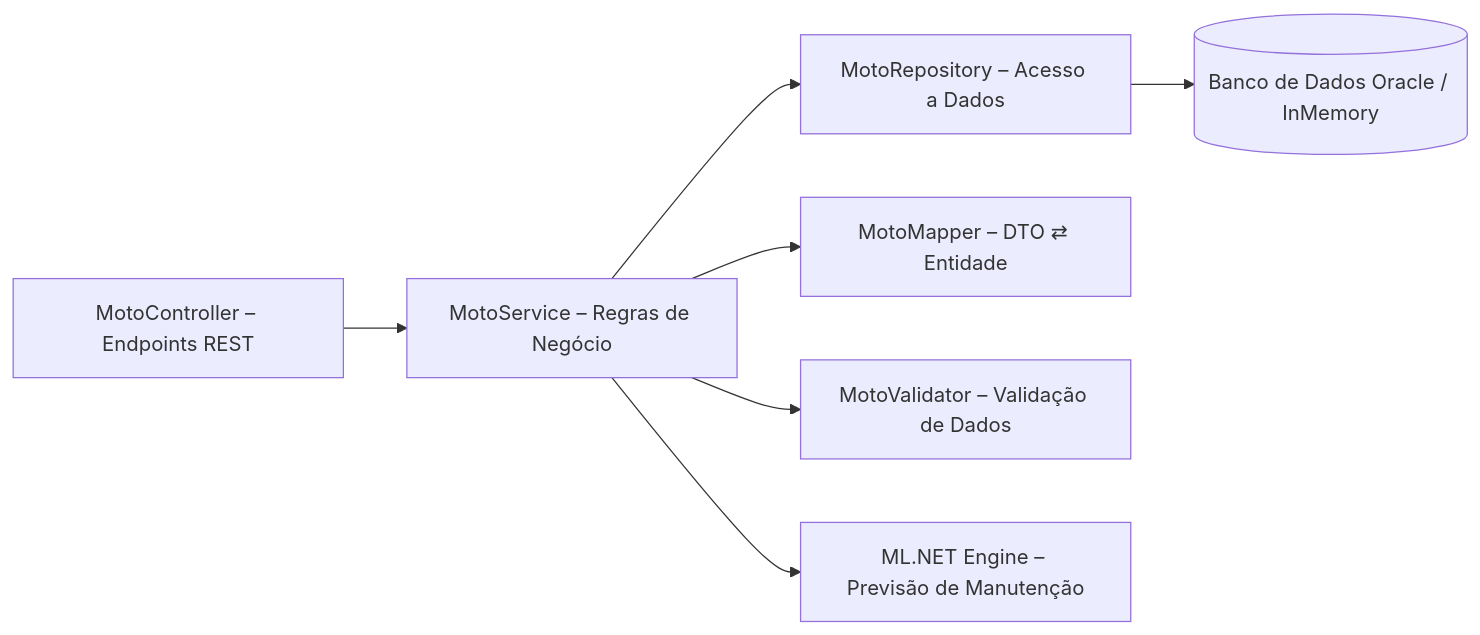
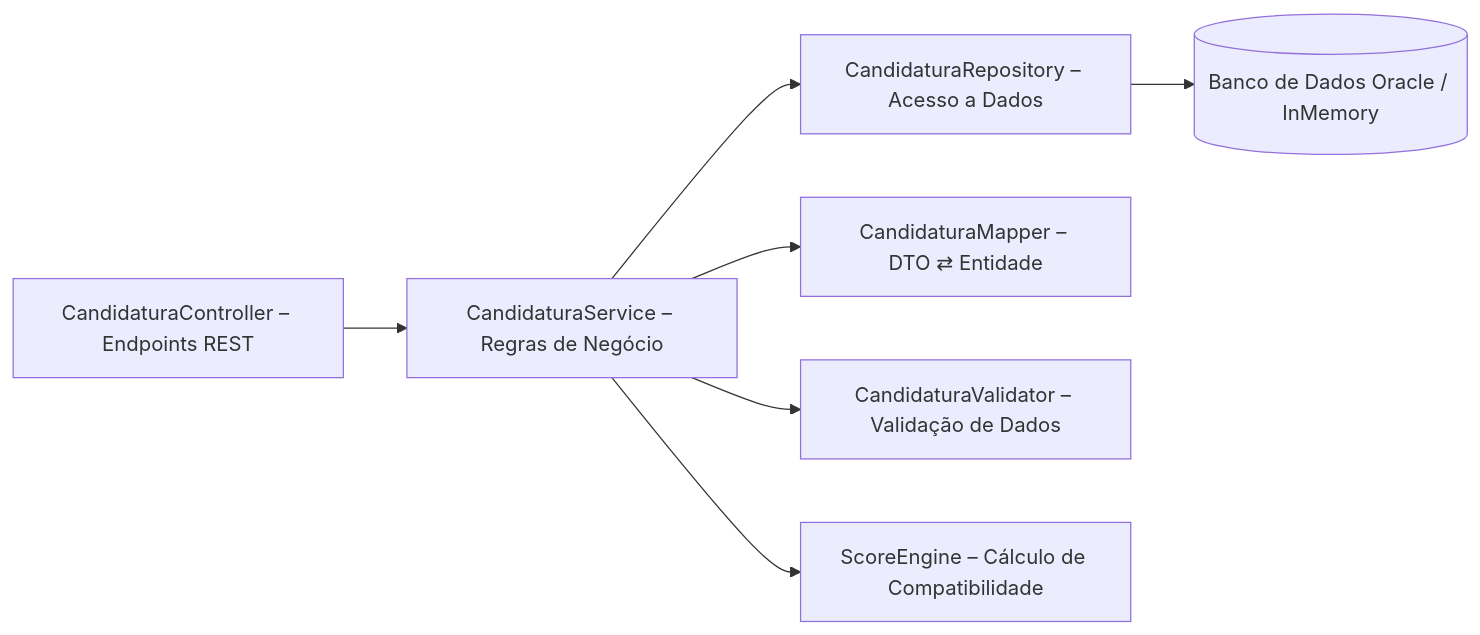
The second of 2 diagrams in README.md (leomotalima/GS-JobFitScore-AdvancedBusiness), drawn with Mermaid before and after one commit. The commit also changed other lines of this file, not shown here.

````diff
--- a/README.md
+++ b/README.md
@@ -64,17 +65,17 @@
 ```mermaid
 graph LR
-    ctrl["MotoController – Endpoints REST"]
-    svc["MotoService – Regras de Negócio"]
-    repo["MotoRepository – Acesso a Dados"]
-    mapper["MotoMapper – DTO ⇄ Entidade"]
-    validator["MotoValidator – Validação de Dados"]
-    mlengine["ML.NET Engine – Previsão de Manutenção"]
+    ctrl["CandidaturaController – Endpoints REST"]
+    svc["CandidaturaService – Regras de Negócio"]
+    repo["CandidaturaRepository – Acesso a Dados"]
+    mapper["CandidaturaMapper – DTO ⇄ Entidade"]
+    validator["CandidaturaValidator – Validação de Dados"]
+    mlengine["ScoreEngine – Cálculo de Compatibilidade"]
     db[(Banco de Dados Oracle / InMemory)]
 
     ctrl --> svc
     svc --> repo
     svc --> mapper
     svc --> validator
     svc --> mlengine
     repo --> db
 ```
````
